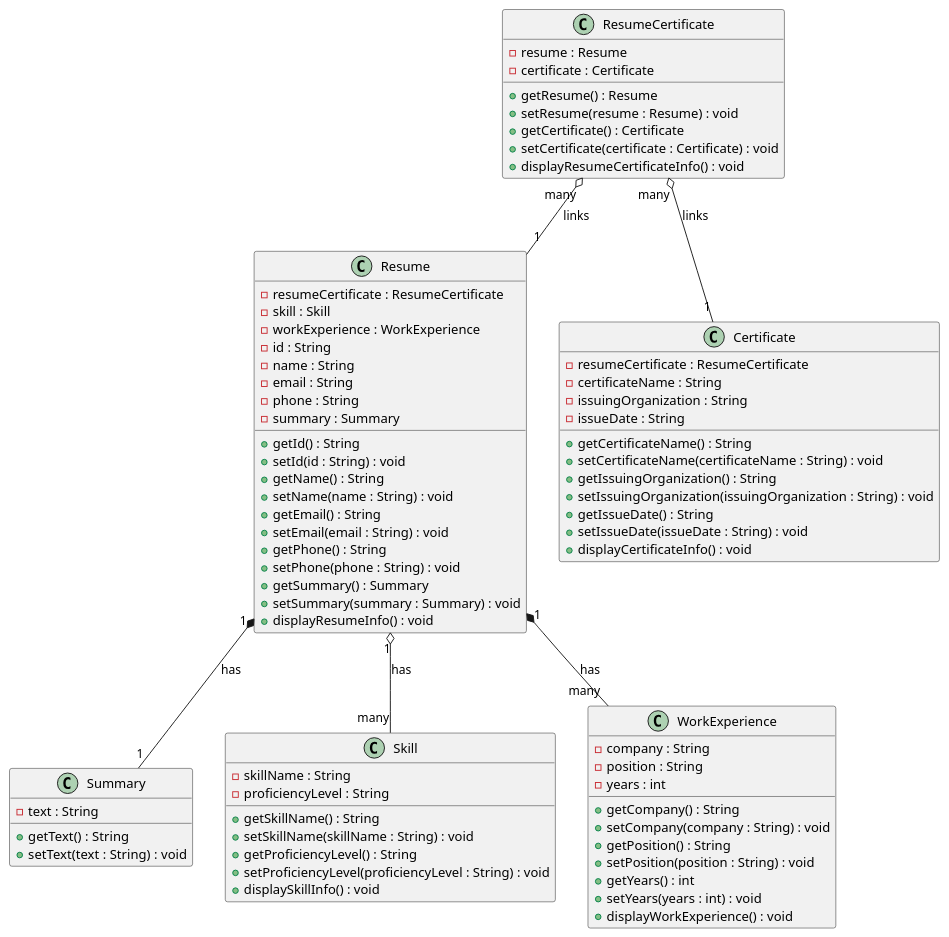
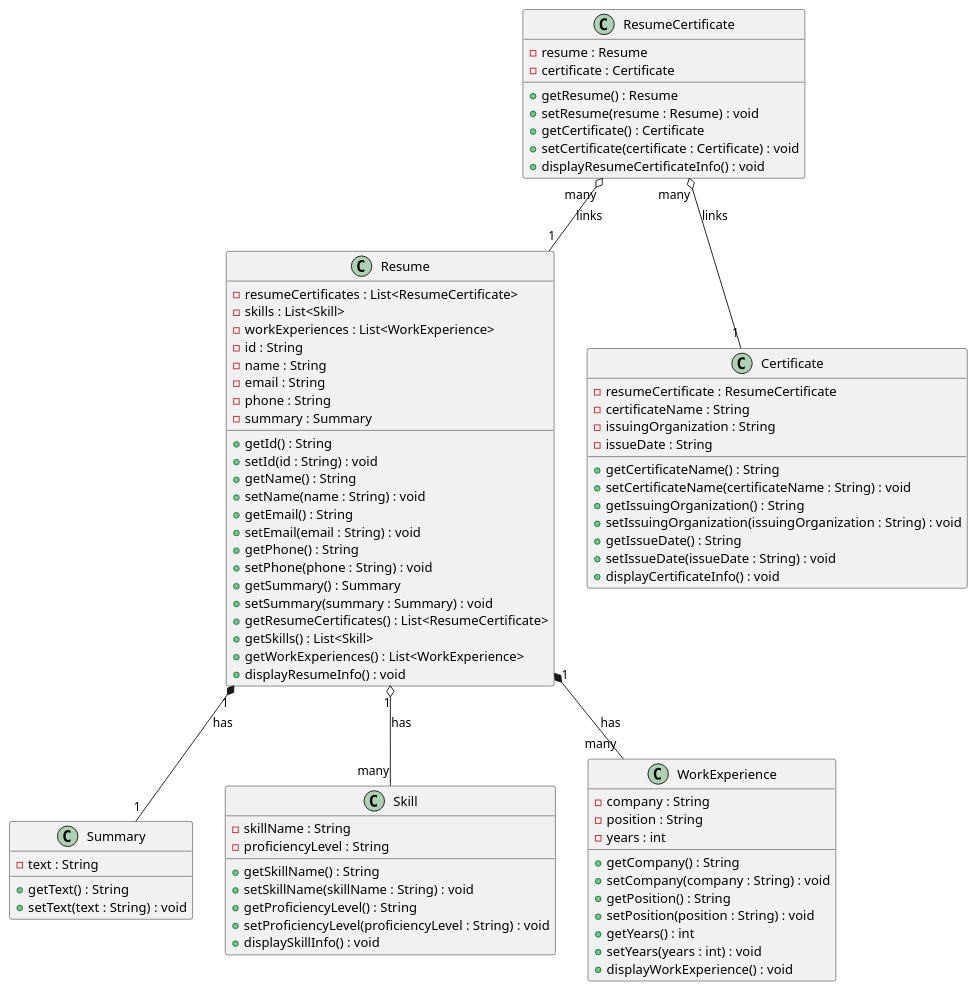
Before and after one commit to shreddedInk/Senla-Courses: the diagram in task-2/3/ResumeDiagram.puml, drawn with PlantUML. The commit also changed 3 other files, not shown here.

Commit message:
Now diagrams with collections

```diff
--- a/task-2/3/ResumeDiagram.puml
+++ b/task-2/3/ResumeDiagram.puml
@@ -1,82 +1,85 @@
 @startuml
 class Resume {
-    - resumeCertificate : ResumeCertificate
-    - skill : Skill
-    - workExperience : WorkExperience
+    - resumeCertificates : List<ResumeCertificate>
+    - skills : List<Skill>
+    - workExperiences : List<WorkExperience>
     - id : String
     - name : String
     - email : String
     - phone : String
     - summary : Summary
     + getId() : String
     + setId(id : String) : void
     + getName() : String
     + setName(name : String) : void
     + getEmail() : String
     + setEmail(email : String) : void
     + getPhone() : String
     + setPhone(phone : String) : void
     + getSummary() : Summary
     + setSummary(summary : Summary) : void
+    + getResumeCertificates() : List<ResumeCertificate>
+    + getSkills() : List<Skill>
+    + getWorkExperiences() : List<WorkExperience>
     + displayResumeInfo() : void
 }
 
 class Summary {
     - text : String
     + getText() : String
     + setText(text : String) : void
 }
 
 class Skill {
     - skillName : String
     - proficiencyLevel : String
     + getSkillName() : String
     + setSkillName(skillName : String) : void
     + getProficiencyLevel() : String
     + setProficiencyLevel(proficiencyLevel : String) : void
     + displaySkillInfo() : void
 }
 
 class WorkExperience {
     - company : String
     - position : String
     - years : int
     + getCompany() : String
     + setCompany(company : String) : void
     + getPosition() : String
     + setPosition(position : String) : void
     + getYears() : int
     + setYears(years : int) : void
     + displayWorkExperience() : void
 }
 
 class Certificate {
     - resumeCertificate : ResumeCertificate
     - certificateName : String
     - issuingOrganization : String
     - issueDate : String
     + getCertificateName() : String
     + setCertificateName(certificateName : String) : void
     + getIssuingOrganization() : String
     + setIssuingOrganization(issuingOrganization : String) : void
     + getIssueDate() : String
     + setIssueDate(issueDate : String) : void
     + displayCertificateInfo() : void
 }
 
 class ResumeCertificate {
     - resume : Resume
     - certificate : Certificate
     + getResume() : Resume
     + setResume(resume : Resume) : void
     + getCertificate() : Certificate
     + setCertificate(certificate : Certificate) : void
     + displayResumeCertificateInfo() : void
 }
 
 Resume "1" *-- "1" Summary : has
 Resume "1" o-- "many" Skill : has
 Resume "1" *-- "many" WorkExperience : has
 ResumeCertificate "many" o-- "1" Certificate : links
 ResumeCertificate "many" o-- "1" Resume : links
 @enduml
```
